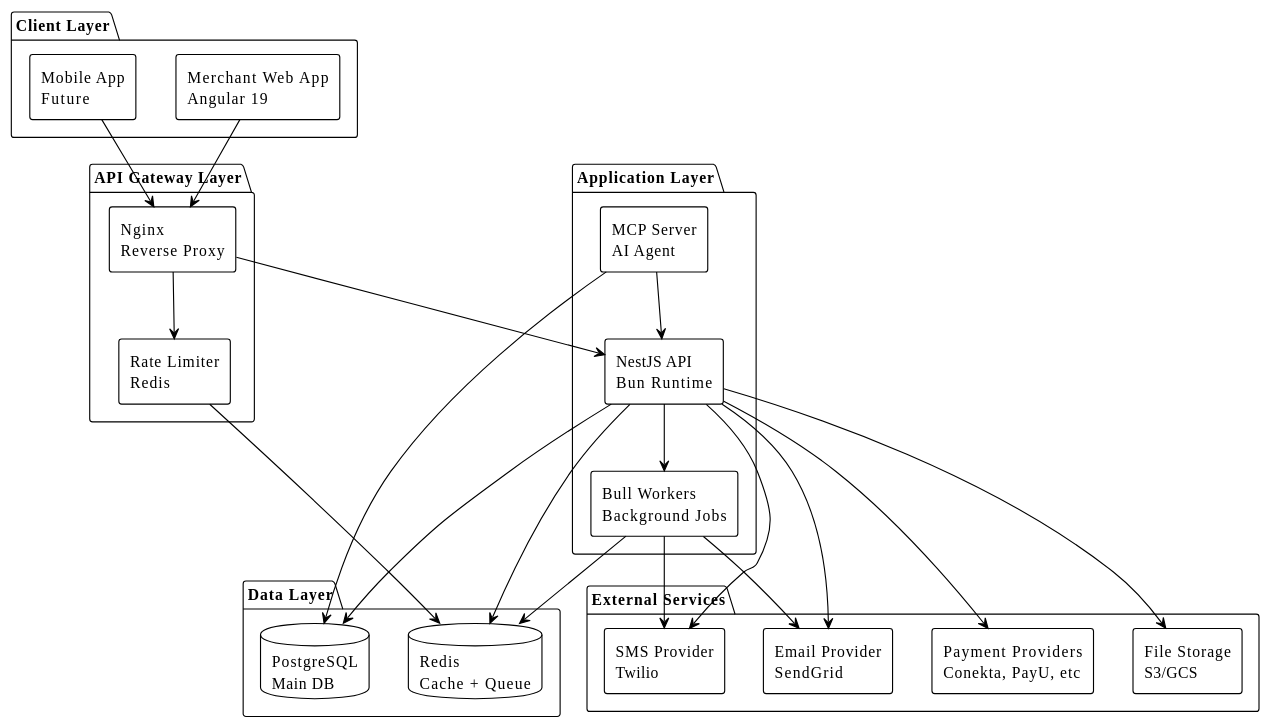
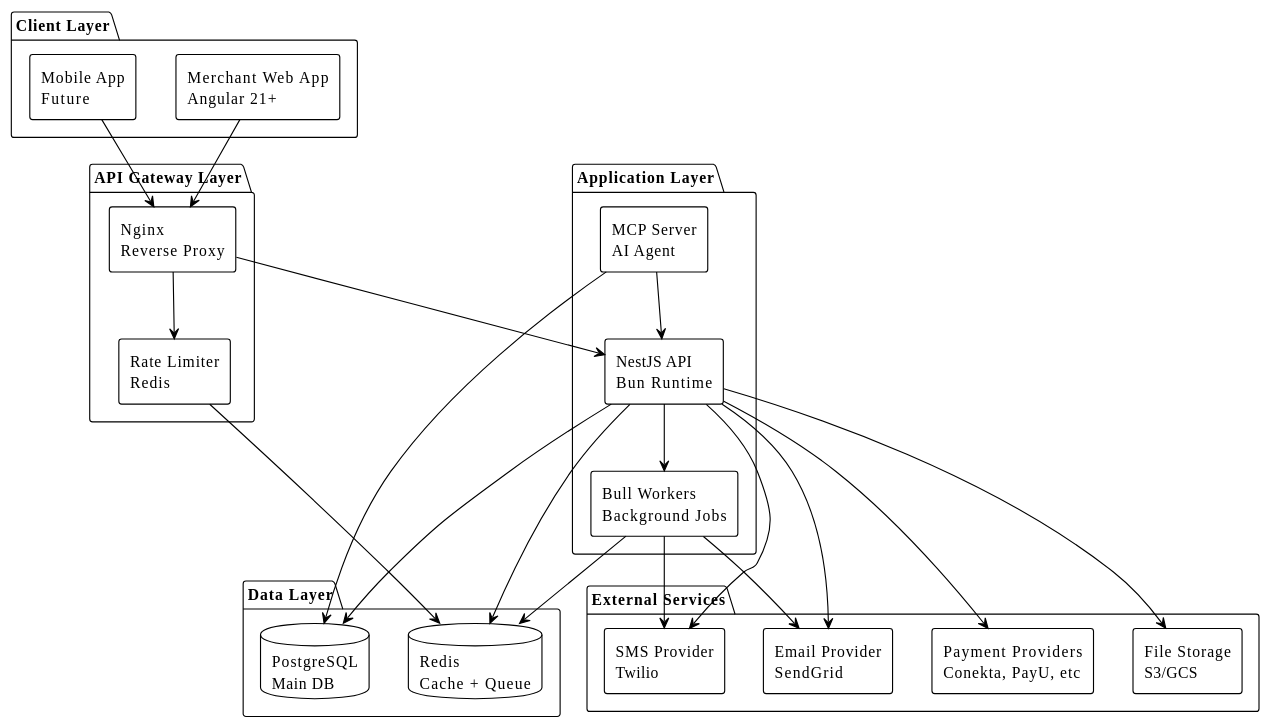
One commit to reeinharddd/payment-system changed the first of 2 diagrams in docs/technical/architecture/PRELIMINARY-DESIGN.md. Above: the diagram before and after it, drawn with PlantUML. The commit also changed other lines of this file and 11 other files, not shown here.

Commit message:
docs: update technical architecture and schema documentation

````diff
--- a/docs/technical/architecture/PRELIMINARY-DESIGN.md
+++ b/docs/technical/architecture/PRELIMINARY-DESIGN.md
@@ -93,56 +93,56 @@
 ```plantuml
 @startuml
 !theme plain
 top to bottom direction
 skinparam componentStyle rectangle
 
 package "Client Layer" {
-    [Merchant Web App\nAngular 19] as WEB
+    [Merchant Web App\nAngular 21+] as WEB
     [Mobile App\nFuture] as MOBILE
 }
 
 package "API Gateway Layer" {
     [Nginx\nReverse Proxy] as NGINX
     [Rate Limiter\nRedis] as RATELIMIT
 }
 
 package "Application Layer" {
     [NestJS API\nBun Runtime] as API
     [MCP Server\nAI Agent] as MCP
     [Bull Workers\nBackground Jobs] as WORKER
 }
 
 package "Data Layer" {
     database "PostgreSQL\nMain DB" as POSTGRES
     database "Redis\nCache + Queue" as REDIS
 }
 
 package "External Services" {
     [Payment Providers\nConekta, PayU, etc] as PAYMENT
     [SMS Provider\nTwilio] as SMS
     [Email Provider\nSendGrid] as EMAIL
     [File Storage\nS3/GCS] as STORAGE
 }
 
 WEB --> NGINX
 MOBILE --> NGINX
 NGINX --> API
 NGINX --> RATELIMIT
 RATELIMIT --> REDIS
 
 API --> POSTGRES
 API --> REDIS
 API --> PAYMENT
 API --> SMS
 API --> EMAIL
 API --> STORAGE
 
 API --> WORKER
 WORKER --> REDIS
 WORKER --> SMS
 WORKER --> EMAIL
 
 MCP --> POSTGRES
 MCP --> API
 @enduml
 ```
````
